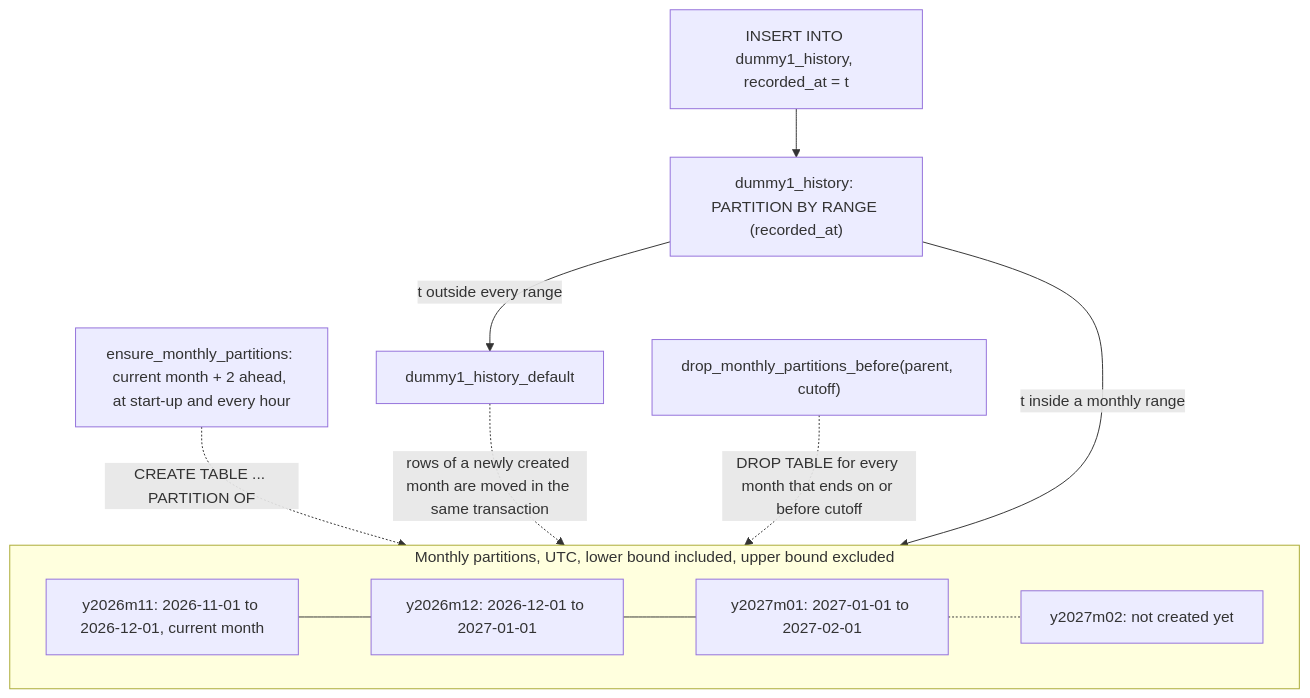
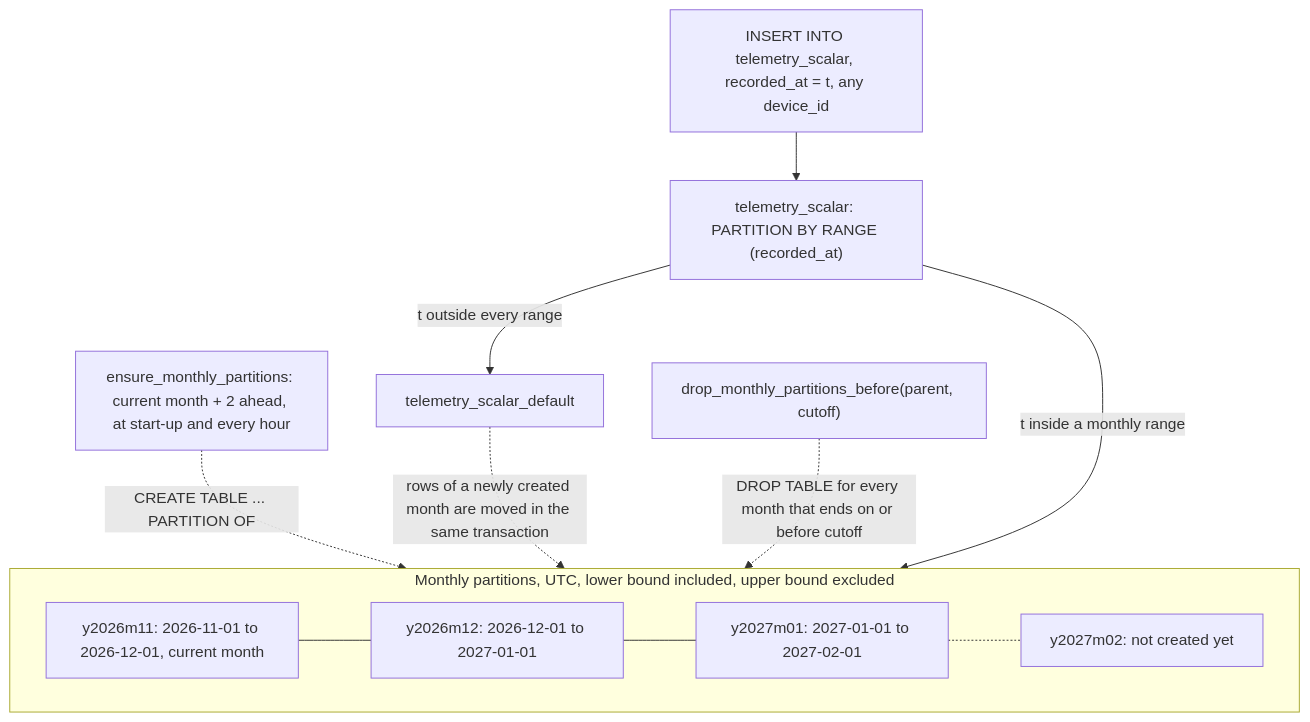
One commit to jgmatu/postgresql changed the second of 4 diagrams in sql/README.md. Above: the diagram before and after it, drawn with Mermaid. The commit also changed other lines of this file and 39 other files, not shown here.

````diff
--- a/sql/README.md
+++ b/sql/README.md
@@ -166,19 +190,19 @@
 ```mermaid
 flowchart TB
-    insert["INSERT INTO dummy1_history, recorded_at = t"] --> parent["dummy1_history: PARTITION BY RANGE (recorded_at)"]
+    insert["INSERT INTO telemetry_scalar, recorded_at = t, any device_id"] --> parent["telemetry_scalar: PARTITION BY RANGE (recorded_at)"]
     parent -->|"t inside a monthly range"| months
-    parent -->|"t outside every range"| defaultPart["dummy1_history_default"]
+    parent -->|"t outside every range"| defaultPart["telemetry_scalar_default"]
 
     subgraph months ["Monthly partitions, UTC, lower bound included, upper bound excluded"]
         direction LR
         m11["y2026m11: 2026-11-01 to 2026-12-01, current month"]
         m12["y2026m12: 2026-12-01 to 2027-01-01"]
         m01["y2027m01: 2027-01-01 to 2027-02-01"]
         m02["y2027m02: not created yet"]
         m11 --- m12 --- m01 -.- m02
     end
 
     ensure["ensure_monthly_partitions: current month + 2 ahead, at start-up and every hour"] -.->|"CREATE TABLE ... PARTITION OF"| m02
     defaultPart -.->|"rows of a newly created month are moved in the same transaction"| m02
     drop["drop_monthly_partitions_before(parent, cutoff)"] -.->|"DROP TABLE for every month that ends on or before cutoff"| m11
 ```
````
